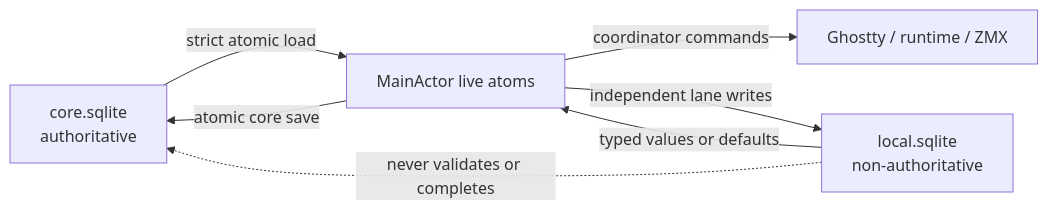
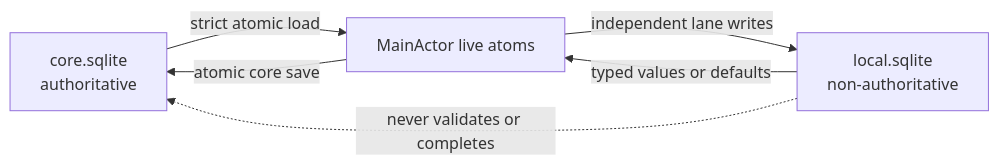
One commit to ShravanSunder/agentstudio changed the third of 7 diagrams in docs/specs/2026-07-21-persistence-ownership-hard-cut/2026-07-21-persistence-ownership-hard-cut.md. Above: the diagram before and after it, drawn with Mermaid. The commit also changed other lines of this file and 2 other files, not shown here.

````diff
--- a/docs/specs/2026-07-21-persistence-ownership-hard-cut/2026-07-21-persistence-ownership-hard-cut.md
+++ b/docs/specs/2026-07-21-persistence-ownership-hard-cut/2026-07-21-persistence-ownership-hard-cut.md
@@ -191,15 +129,12 @@
 ```mermaid
 flowchart LR
     Core["core.sqlite<br/>authoritative"]
     Local["local.sqlite<br/>non-authoritative"]
     Atoms["MainActor live atoms"]
-    Runtime["Ghostty / runtime / ZMX"]
-
     Core -->|"strict atomic load"| Atoms
     Local -->|"typed values or defaults"| Atoms
-    Atoms -->|"coordinator commands"| Runtime
     Atoms -->|"atomic core save"| Core
     Atoms -->|"independent lane writes"| Local
 
     Local -. "never validates or completes" .-> Core
 ```
````
